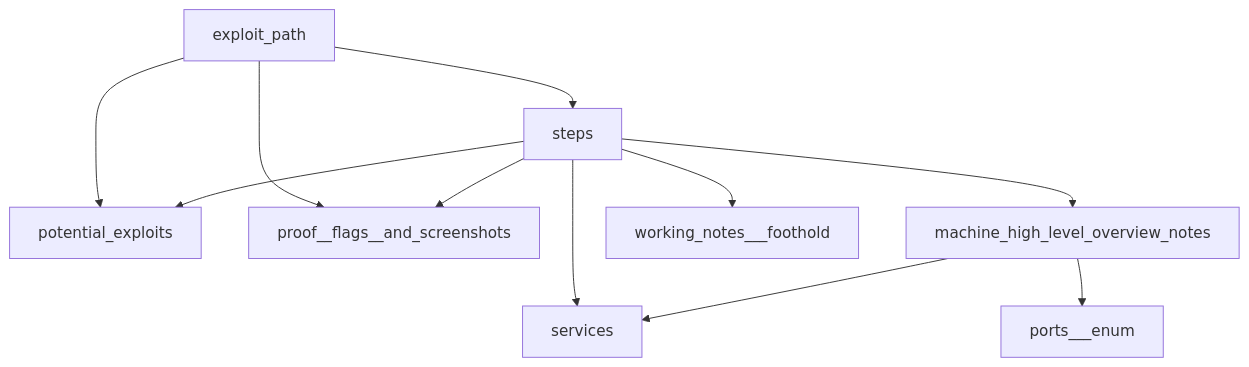
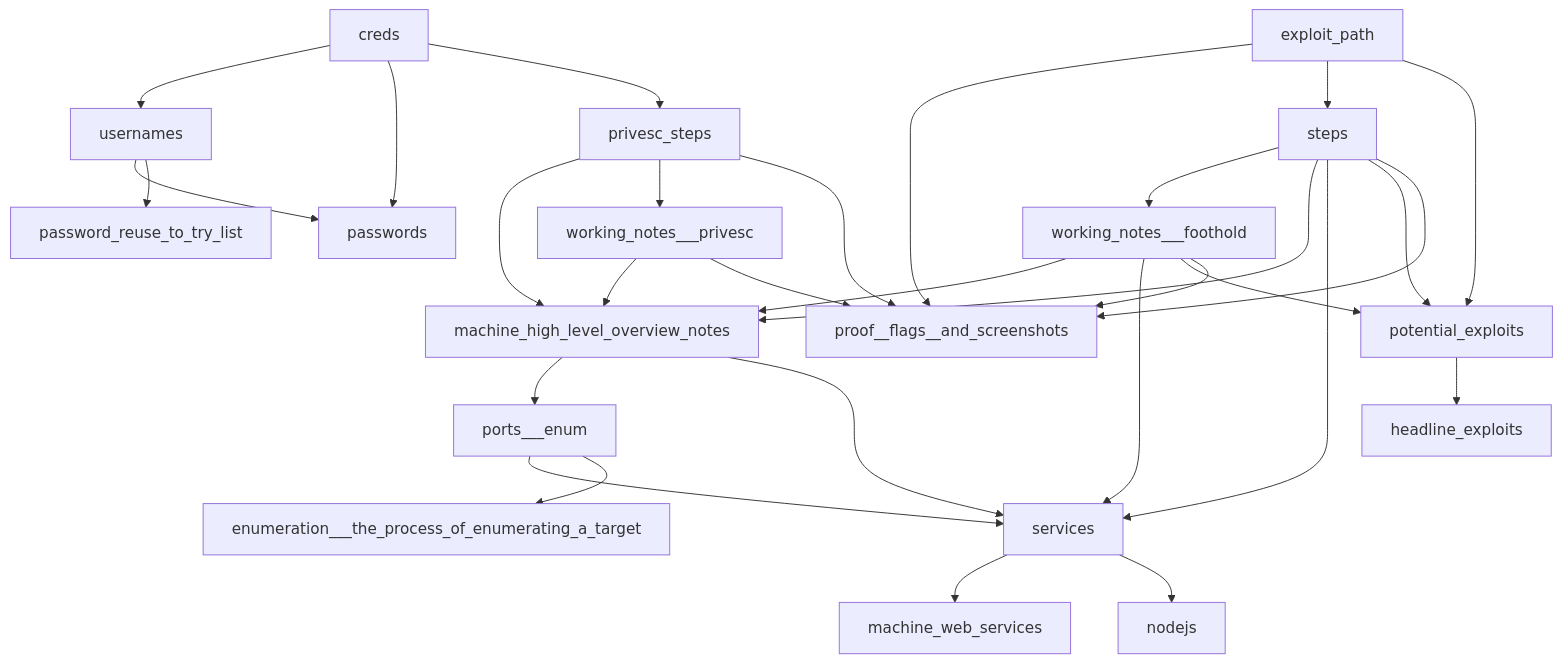
One commit to nicholas-long/markdown-raw-files-to-zettelkasten-conversion changed the diagram in zet/20221030041924/README.md. Above: the diagram before and after it, drawn with Mermaid. The commit also changed 1 other file, not shown here.

````diff
--- a/zet/20221030041924/README.md
+++ b/zet/20221030041924/README.md
@@ -11,13 +11,32 @@
 ```mermaid
 graph TD;
   exploit_path --> potential_exploits;
   exploit_path --> steps;
   exploit_path --> proof__flags__and_screenshots;
   steps --> proof__flags__and_screenshots;
   steps --> potential_exploits;
   steps --> services;
   steps --> machine_high_level_overview_notes;
   steps --> working_notes___foothold;
+  creds --> privesc_steps;
+  creds --> passwords;
+  creds --> usernames;
+  usernames --> password_reuse_to_try_list;
+  usernames --> passwords;
+  privesc_steps --> proof__flags__and_screenshots;
+  privesc_steps --> working_notes___privesc;
+  privesc_steps --> machine_high_level_overview_notes;
+  working_notes___foothold --> proof__flags__and_screenshots;
+  working_notes___foothold --> potential_exploits;
+  working_notes___foothold --> services;
+  working_notes___foothold --> machine_high_level_overview_notes;
+  working_notes___privesc --> proof__flags__and_screenshots;
+  working_notes___privesc --> machine_high_level_overview_notes;
   machine_high_level_overview_notes --> services;
   machine_high_level_overview_notes --> ports___enum;
+  ports___enum --> enumeration___the_process_of_enumerating_a_target;
+  ports___enum --> services;
+  services --> nodejs;
+  services --> machine_web_services;
+  potential_exploits --> headline_exploits;
 ```
````
